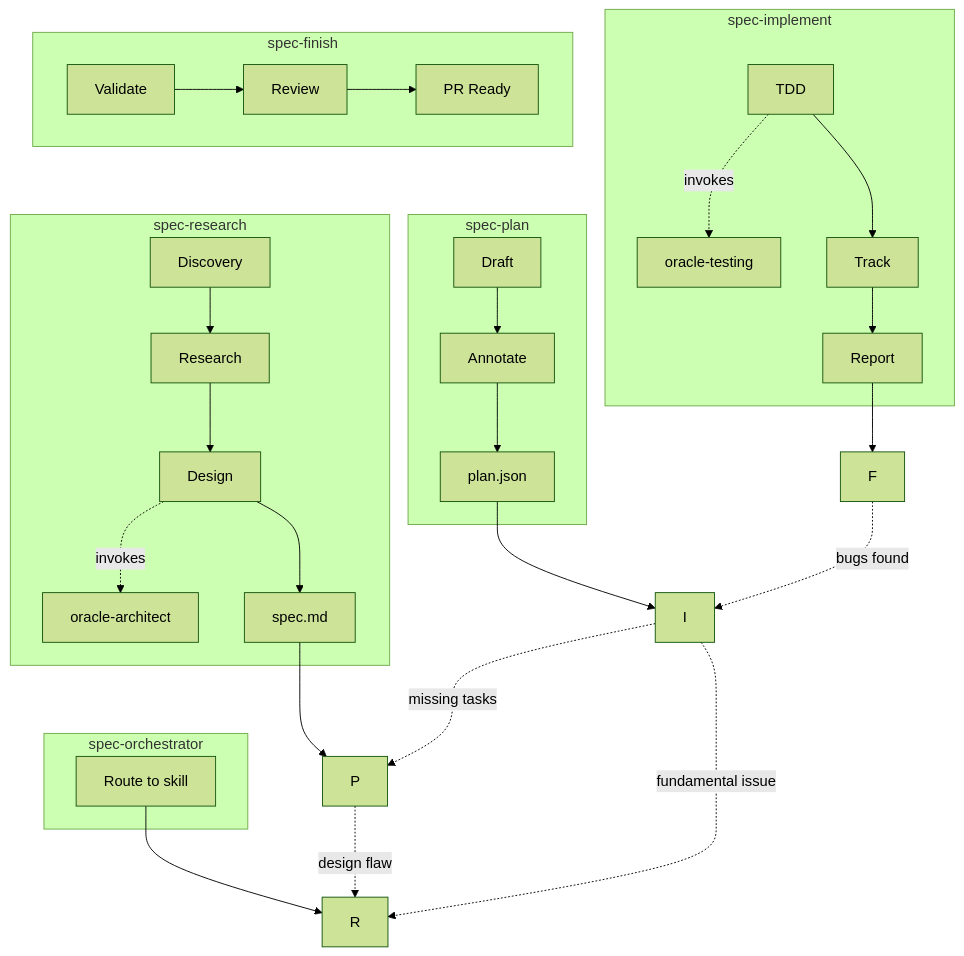
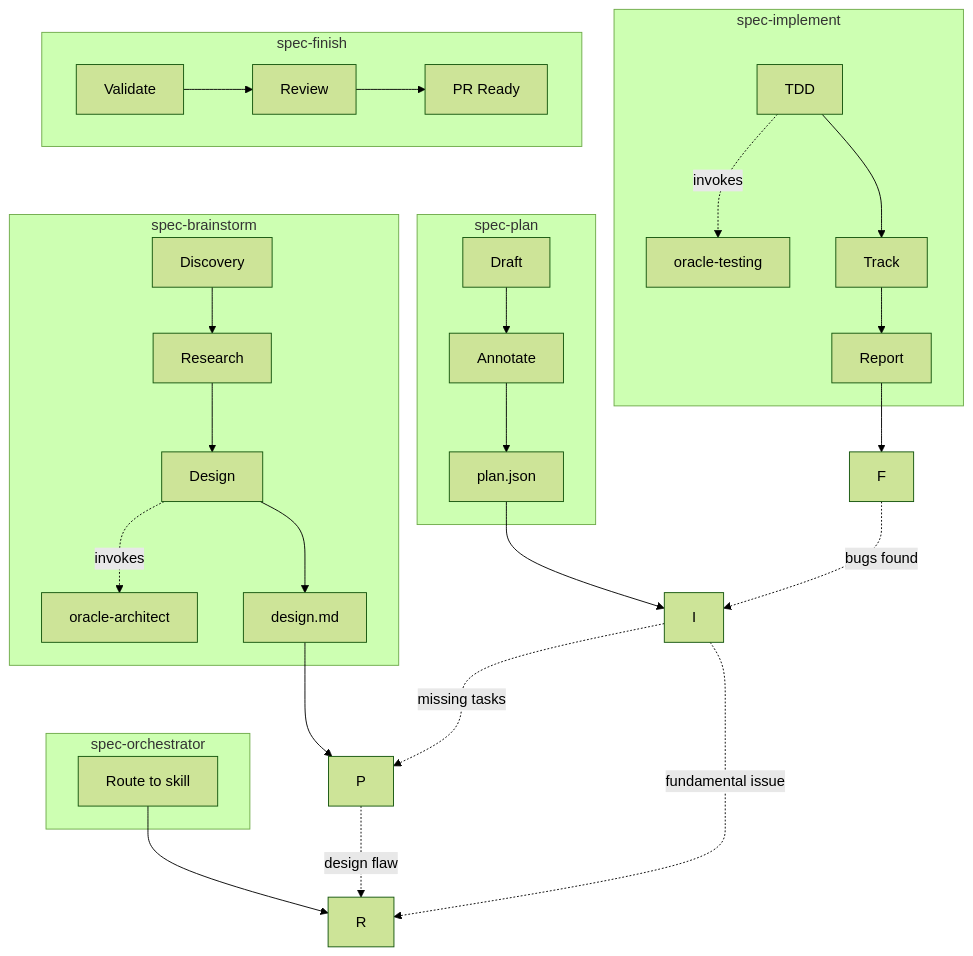
The diagram in AGENTS.md (martinffx/atelier), drawn with Mermaid (forest theme) before and after one commit. The commit also changed other lines of this file and 6 other files, not shown here.

First line of the commit message:
feat(spec-brainstorm): add section-by-section design approval

````diff
--- a/AGENTS.md
+++ b/AGENTS.md
@@ -75,42 +75,42 @@
 ```mermaid
 graph TB
     subgraph "spec-orchestrator"
         O[Route to skill]
     end
     
     O --> R
     
-    subgraph "spec-research"
+    subgraph "spec-brainstorm"
         R1[Discovery] --> R2[Research]
         R2 --> R3[Design]
         R3 -.->|invokes| A1[oracle-architect]
-        R3 --> R4[spec.md]
+        R3 --> R4[design.md]
     end
     
     R4 --> P
     
     subgraph "spec-plan"
         P1[Draft] --> P2[Annotate]
         P2 --> P3[plan.json]
     end
     
     P3 --> I
     
     subgraph "spec-implement"
         I1[TDD] -.->|invokes| T1[oracle-testing]
         I1 --> I2[Track]
         I2 --> I3[Report]
     end
     
     I3 --> F
     
     subgraph "spec-finish"
         F1[Validate] --> F2[Review]
         F2 --> F3[PR Ready]
     end
     
     P -.->|design flaw| R
     I -.->|missing tasks| P
     I -.->|fundamental issue| R
     F -.->|bugs found| I
 ```
````
